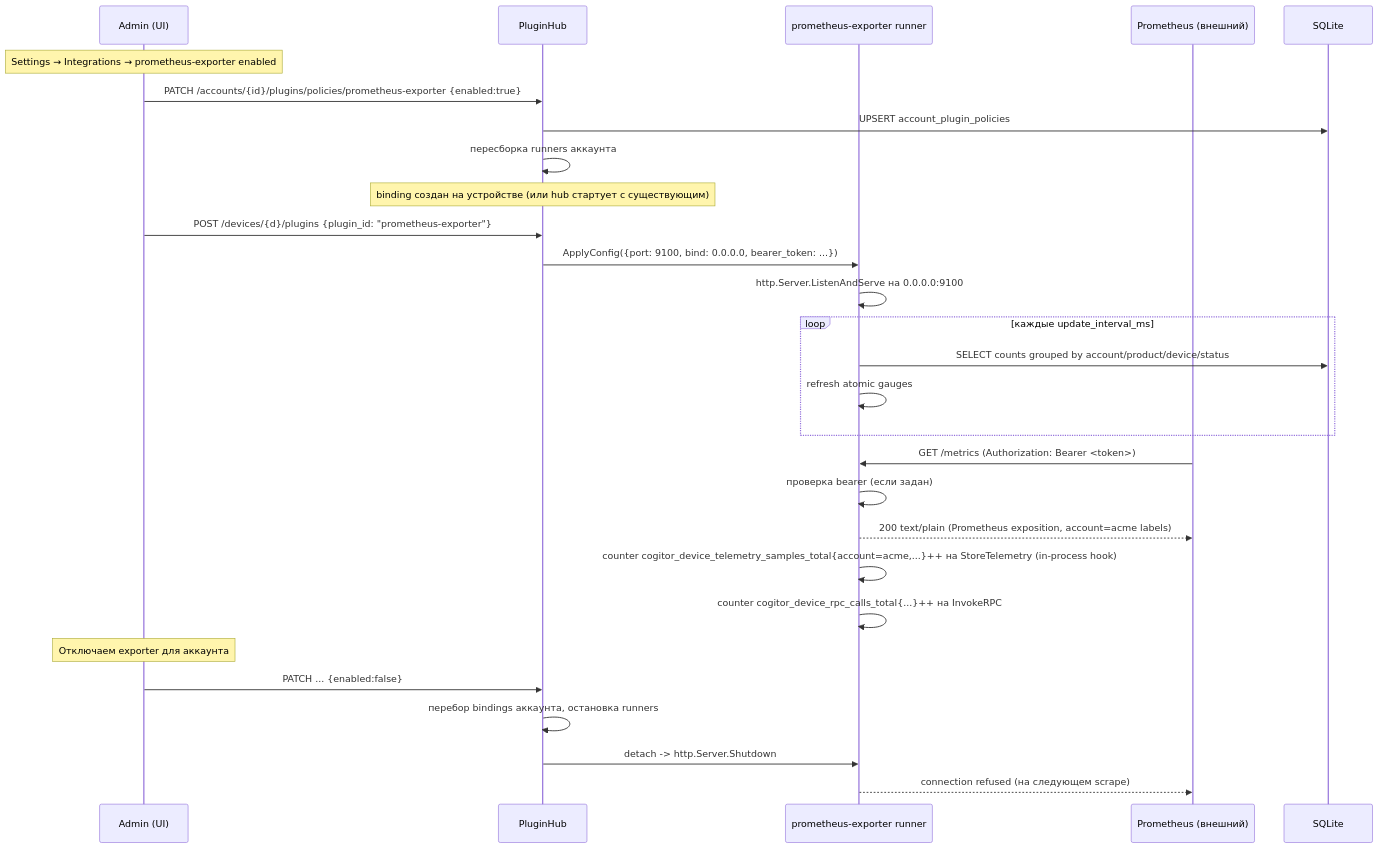
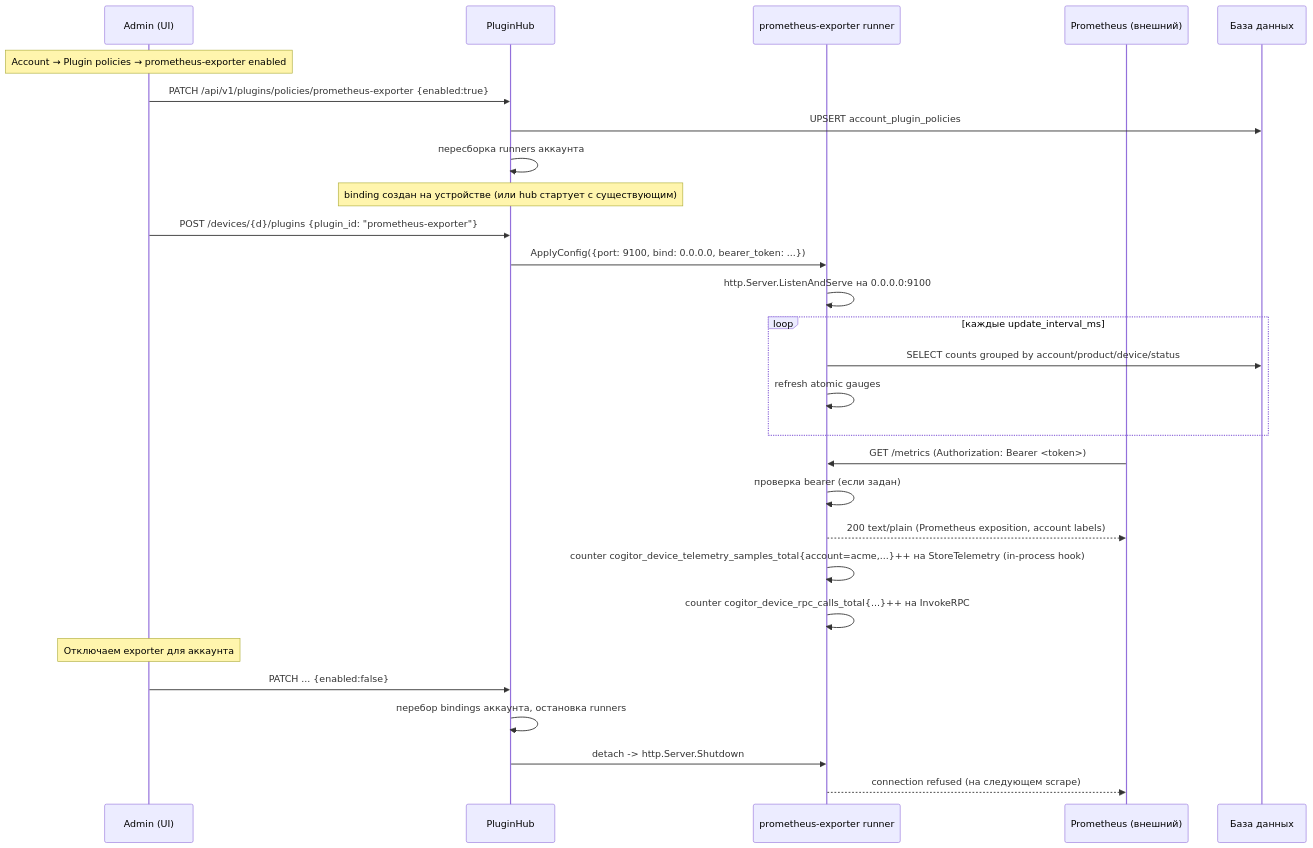
Before and after one commit to darvik80/iot-platform-go: diagram 12 of 20 in docs/ru/14-diagrams.md, drawn with Mermaid. The commit also changed other lines of this file and 81 other files, not shown here.

````diff
--- a/docs/ru/14-diagrams.md
+++ b/docs/ru/14-diagrams.md
@@ -512,35 +526,35 @@
 ```mermaid
 sequenceDiagram
     participant Adm as Admin (UI)
     participant H as PluginHub
     participant EX as prometheus-exporter runner
     participant Pr as Prometheus (внешний)
-    participant DB as SQLite
+    participant DB as База данных
 
-    Note over Adm: Settings → Integrations → prometheus-exporter enabled
-    Adm->>H: PATCH /accounts/{id}/plugins/policies/prometheus-exporter {enabled:true}
+    Note over Adm: Account → Plugin policies → prometheus-exporter enabled
+    Adm->>H: PATCH /api/v1/plugins/policies/prometheus-exporter {enabled:true}
     H->>DB: UPSERT account_plugin_policies
     H->>H: пересборка runners аккаунта
 
     Note over H: binding создан на устройстве (или hub стартует с существующим)
     Adm->>H: POST /devices/{d}/plugins {plugin_id: "prometheus-exporter"}
     H->>EX: ApplyConfig({port: 9100, bind: 0.0.0.0, bearer_token: ...})
     EX->>EX: http.Server.ListenAndServe на 0.0.0.0:9100
 
     loop каждые update_interval_ms
         EX->>DB: SELECT counts grouped by account/product/device/status
         EX->>EX: refresh atomic gauges
     end
 
     Pr->>EX: GET /metrics (Authorization: Bearer <token>)
     EX->>EX: проверка bearer (если задан)
-    EX-->>Pr: 200 text/plain (Prometheus exposition, account=acme labels)
+    EX-->>Pr: 200 text/plain (Prometheus exposition, account labels)
     EX->>EX: counter cogitor_device_telemetry_samples_total{account=acme,...}++ на StoreTelemetry (in-process hook)
     EX->>EX: counter cogitor_device_rpc_calls_total{...}++ на InvokeRPC
 
     Note over Adm: Отключаем exporter для аккаунта
     Adm->>H: PATCH ... {enabled:false}
     H->>H: перебор bindings аккаунта, остановка runners
     H->>EX: detach -> http.Server.Shutdown
     EX-->>Pr: connection refused (на следующем scrape)
 ```
````
